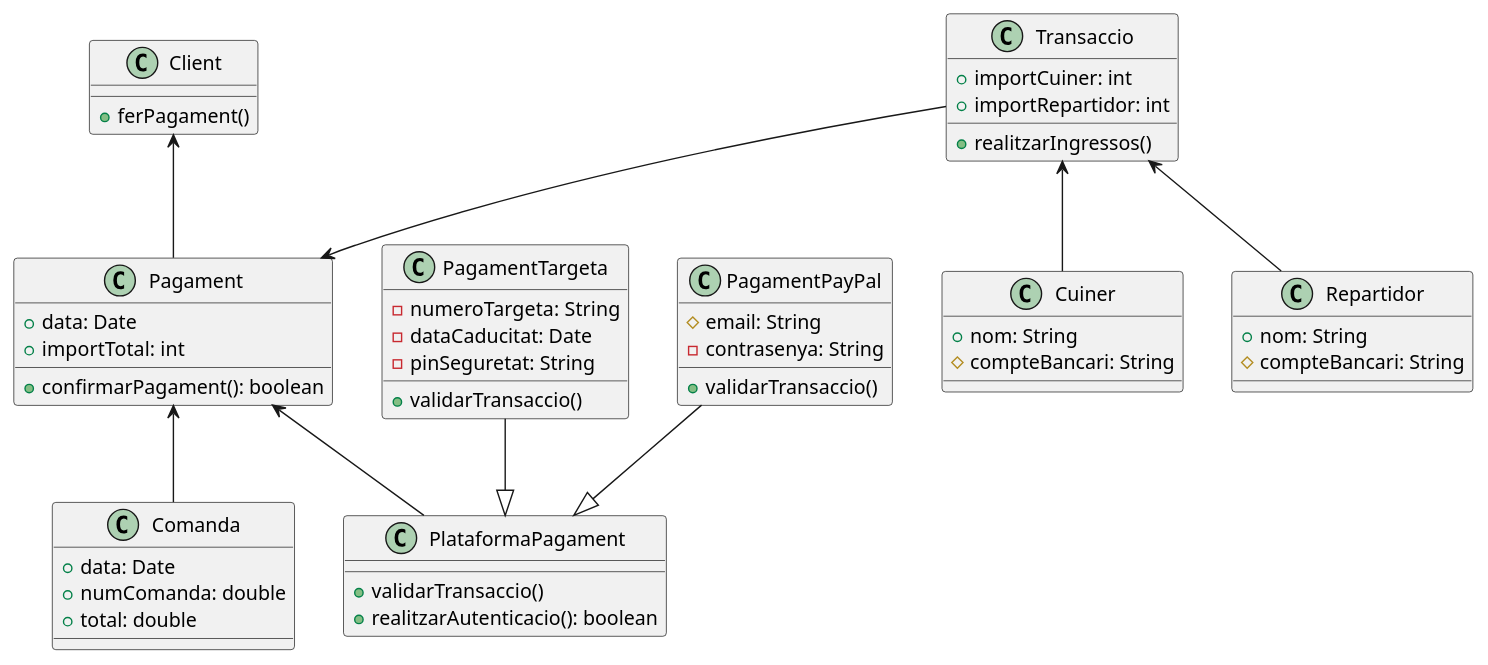
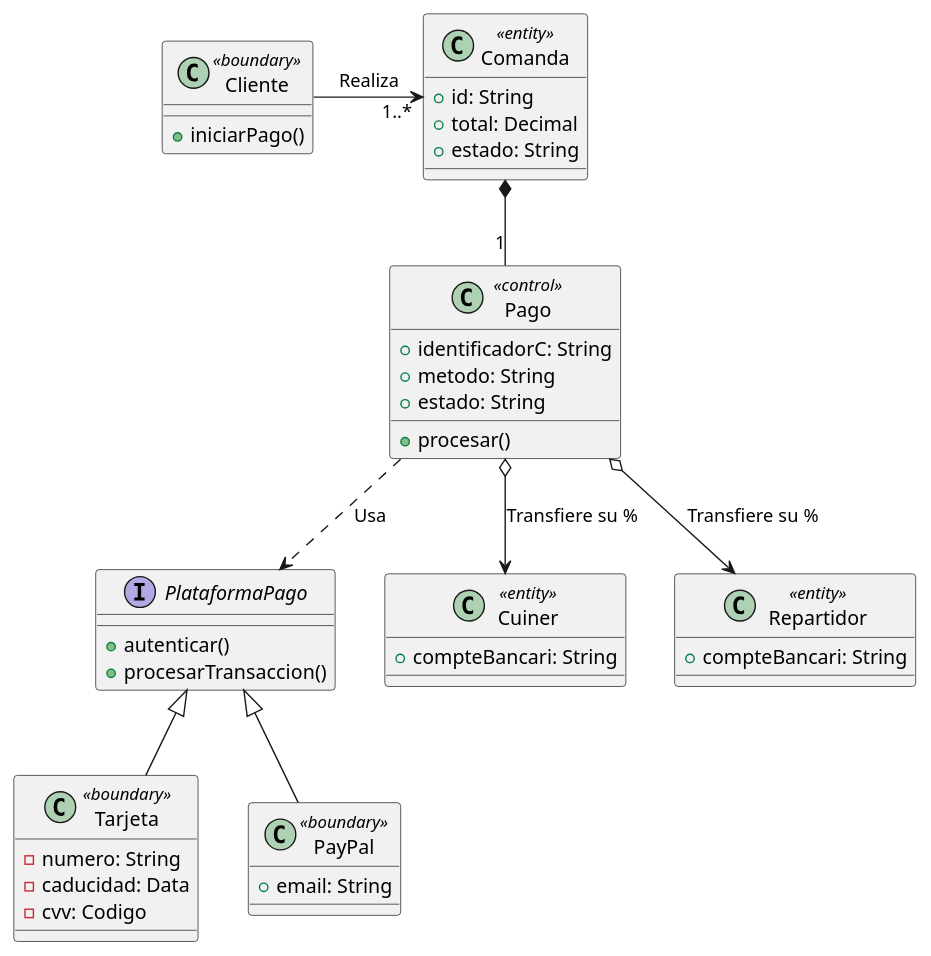
The diagram in documents/Diagrama Clases/CodeUML/bloq4.pUML (dabien3/ES25UAB-511-05), drawn with PlantUML before and after one commit.

```diff
--- a/documents/Diagrama Clases/CodeUML/bloq4.pUML
+++ b/documents/Diagrama Clases/CodeUML/bloq4.pUML
@@ -1,62 +1,54 @@
 @startuml
 
-class Client{
-  +ferPagament()
+class Cliente <<boundary>> {
+  + iniciarPago()
 }
 
-class Comanda {
-  +data: Date
-  +numComanda: double
-  +total: double
+class Comanda <<entity>> {
+  + id: String
+  + total: Decimal
+  + estado: String
 }
 
-class Pagament {
-  +data: Date
-  +importTotal: int
-  +confirmarPagament(): boolean
+class Pago <<control>> {
+  + identificadorC: String
+  + metodo: String
+  + estado: String
+  + procesar()
 }
 
-class PagamentTargeta {
-  -numeroTargeta: String
-  -dataCaducitat: Date
-  -pinSeguretat: String
-  +validarTransaccio()
+class Cuiner <<entity>> {
+  + compteBancari: String
 }
 
-class PagamentPayPal {
-  #email: String
-  -contrasenya: String
-  +validarTransaccio()
+class Repartidor <<entity>> {
+  + compteBancari: String
 }
 
-class PlataformaPagament {
-  +validarTransaccio()
-  +realitzarAutenticacio(): boolean
+class "Tarjeta" <<boundary>> {
+  - numero: String
+  - caducidad: Data
+  - cvv: Codigo
 }
 
-class Transaccio {
-  +importCuiner: int
-  +importRepartidor: int
-  +realitzarIngressos()
+class PayPal <<boundary>> {
+  + email: String
 }
 
-class Cuiner {
-  +nom: String
-  #compteBancari: String
+interface PlataformaPago {
+  + autenticar()
+  + procesarTransaccion()
 }
 
-class Repartidor {
-  +nom: String
-  #compteBancari: String
-}
+Cliente -> "1..*" Comanda : "Realiza"
 
-Client <-- Pagament
-Pagament <-- Comanda
-Pagament <-- PlataformaPagament
-PagamentTargeta --|> PlataformaPagament
-PagamentPayPal --|> PlataformaPagament
-Transaccio --> Pagament
-Transaccio <-- Cuiner
-Transaccio <-- Repartidor
+Comanda *-- "1" Pago 
+Pago ..> PlataformaPago : "Usa" 
+
+Pago o--> Cuiner : "Transfiere su %"
+Pago o--> Repartidor : "Transfiere su %"
+
+Tarjeta -up-|> PlataformaPago 
+PayPal -up-|> PlataformaPago 
 
 @enduml
```
